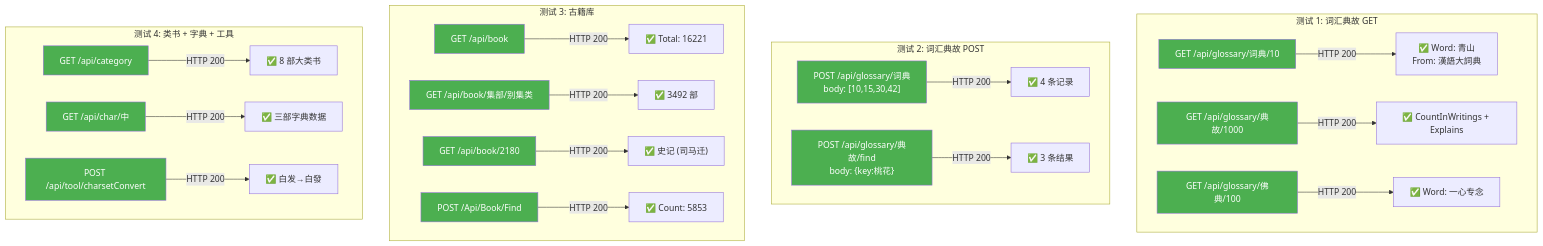
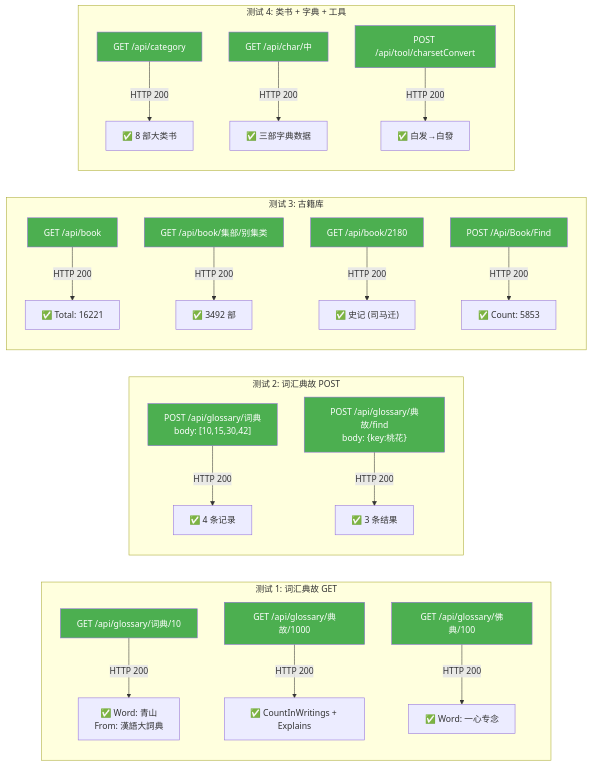
One commit to yeyangchen2009/poem300 changed the fifth of 13 diagrams in cnkgraph/docs/api-auth-exploration.md. Above: the diagram before and after it, drawn with Mermaid. The commit also changed other lines of this file and 14 other files, not shown here.

````diff
--- a/cnkgraph/docs/api-auth-exploration.md
+++ b/cnkgraph/docs/api-auth-exploration.md
@@ -181,39 +182,39 @@
 ```mermaid
-graph TD
+graph LR
     subgraph "测试 1: 词汇典故 GET"
         T1["GET /api/glossary/词典/10"] --> |"HTTP 200"| R1["✅ Word: 青山<br/>From: 漢語大詞典"]
         T2["GET /api/glossary/典故/1000"] --> |"HTTP 200"| R2["✅ CountInWritings + Explains"]
         T3["GET /api/glossary/佛典/100"] --> |"HTTP 200"| R3["✅ Word: 一心专念"]
     end
 
     subgraph "测试 2: 词汇典故 POST"
         T4["POST /api/glossary/词典<br/>body: [10,15,30,42]"] --> |"HTTP 200"| R4["✅ 4 条记录"]
         T5["POST /api/glossary/典故/find<br/>body: {key:桃花}"] --> |"HTTP 200"| R5["✅ 3 条结果"]
     end
 
     subgraph "测试 3: 古籍库"
         T6["GET /api/book"] --> |"HTTP 200"| R6["✅ Total: 16221"]
         T7["GET /api/book/集部/别集类"] --> |"HTTP 200"| R7["✅ 3492 部"]
         T8["GET /api/book/2180"] --> |"HTTP 200"| R8["✅ 史记 (司马迁)"]
         T9["POST /Api/Book/Find"] --> |"HTTP 200"| R9["✅ Count: 5853"]
     end
 
     subgraph "测试 4: 类书 + 字典 + 工具"
         T10["GET /api/category"] --> |"HTTP 200"| R10["✅ 8 部大类书"]
         T11["GET /api/char/中"] --> |"HTTP 200"| R11["✅ 三部字典数据"]
         T12["POST /api/tool/charsetConvert"] --> |"HTTP 200"| R12["✅ 白发→白發"]
     end
 
     style T1 fill:#4caf50,color:#fff
     style T2 fill:#4caf50,color:#fff
     style T3 fill:#4caf50,color:#fff
     style T4 fill:#4caf50,color:#fff
     style T5 fill:#4caf50,color:#fff
     style T6 fill:#4caf50,color:#fff
     style T7 fill:#4caf50,color:#fff
     style T8 fill:#4caf50,color:#fff
     style T9 fill:#4caf50,color:#fff
     style T10 fill:#4caf50,color:#fff
     style T11 fill:#4caf50,color:#fff
     style T12 fill:#4caf50,color:#fff
 ```
````
